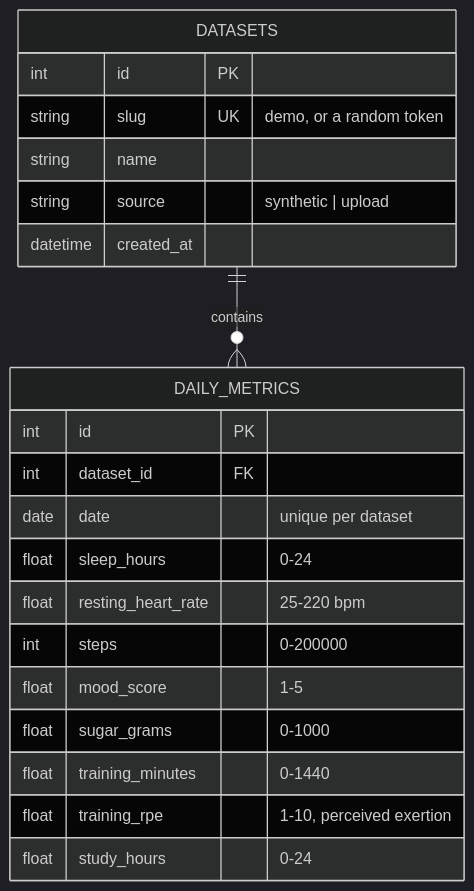
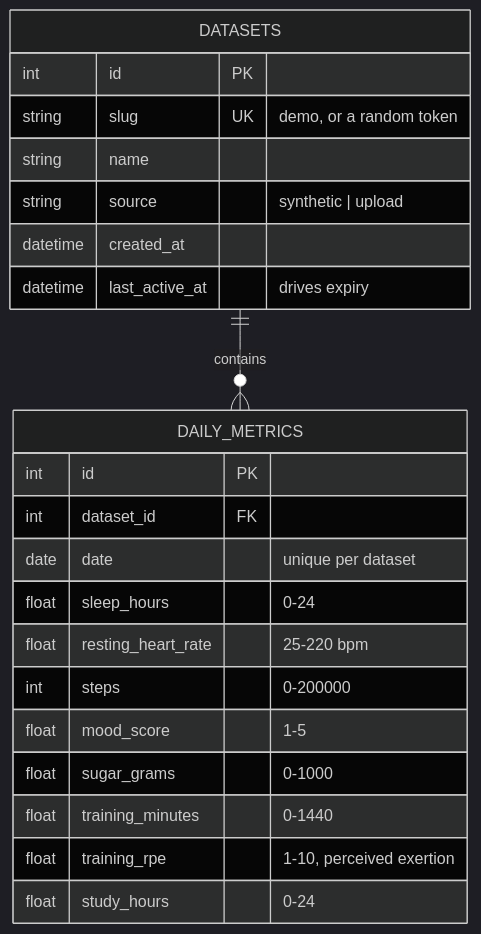
One commit to Malak371/health-aggregator changed the second of 2 diagrams in DOCUMENTATION.md. Above: the diagram before and after it, drawn with Mermaid (dark theme). The commit also changed other lines of this file and 7 other files, not shown here.

````diff
--- a/DOCUMENTATION.md
+++ b/DOCUMENTATION.md
@@ -63,24 +67,25 @@
 ```mermaid
 erDiagram
     DATASETS ||--o{ DAILY_METRICS : contains
     DATASETS {
         int id PK
         string slug UK "demo, or a random token"
         string name
         string source "synthetic | upload"
         datetime created_at
+        datetime last_active_at "drives expiry"
     }
     DAILY_METRICS {
         int id PK
         int dataset_id FK
         date date "unique per dataset"
         float sleep_hours "0-24"
         float resting_heart_rate "25-220 bpm"
         int steps "0-200000"
         float mood_score "1-5"
         float sugar_grams "0-1000"
         float training_minutes "0-1440"
         float training_rpe "1-10, perceived exertion"
         float study_hours "0-24"
     }
 ```
````
